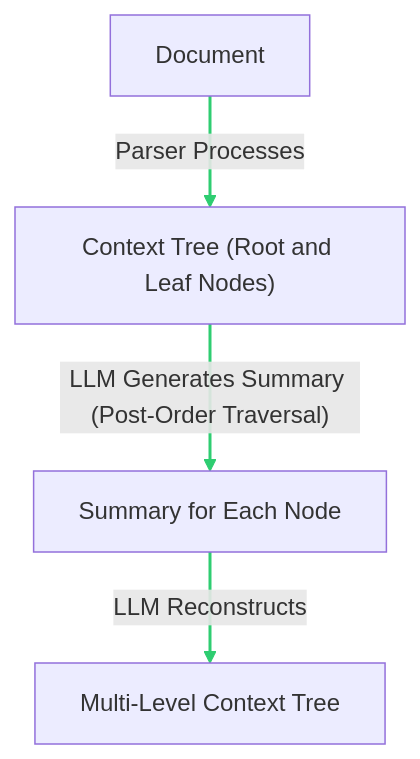
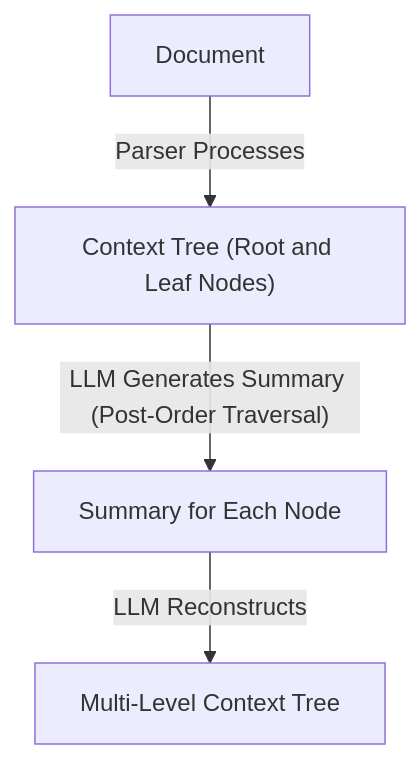
One commit to DylanTao/CAC changed the first of 2 diagrams in README.md. Above: the diagram before and after it, drawn with Mermaid. The commit also changed other lines of this file, not shown here.

Commit message:
Remove flow chart line styling

````diff
--- a/README.md
+++ b/README.md
@@ -49,9 +49,6 @@
 ```mermaid
 graph TB
     A["Document"] -- "Parser Processes" --> B["Context Tree (Root and Leaf Nodes)"]
     B -- "LLM Generates Summary (Post-Order Traversal)" --> C["Summary for Each Node"]
     C -- "LLM Reconstructs" --> D["Multi-Level Context Tree"]
-    linkStyle 0 stroke:#2ecd71,stroke-width:2px;
-    linkStyle 1 stroke:#2ecd71,stroke-width:2px;
-    linkStyle 2 stroke:#2ecd71,stroke-width:2px;
 ```
````
